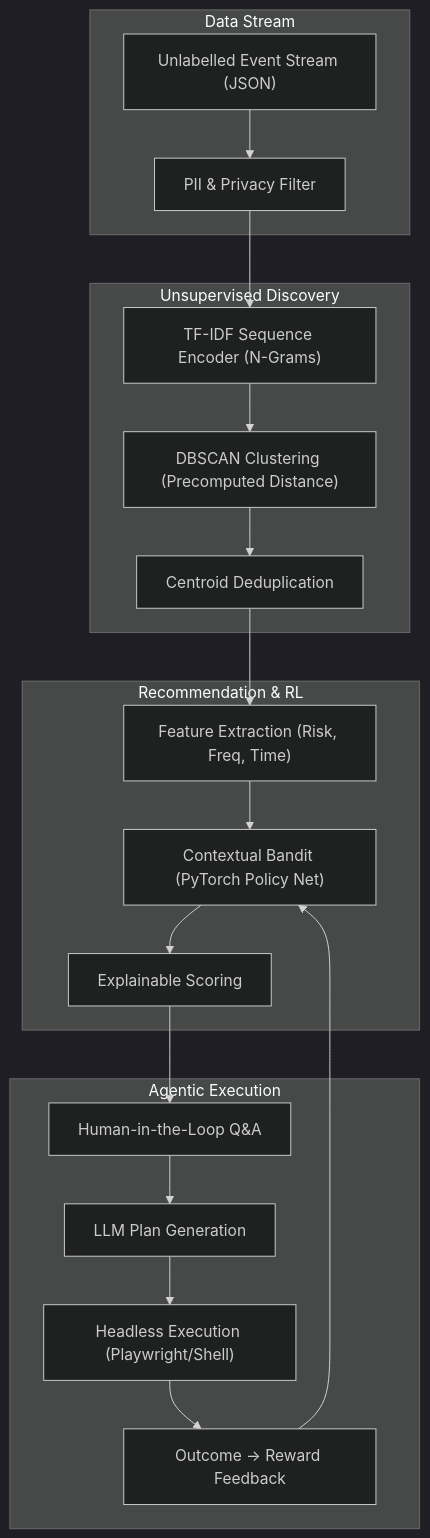
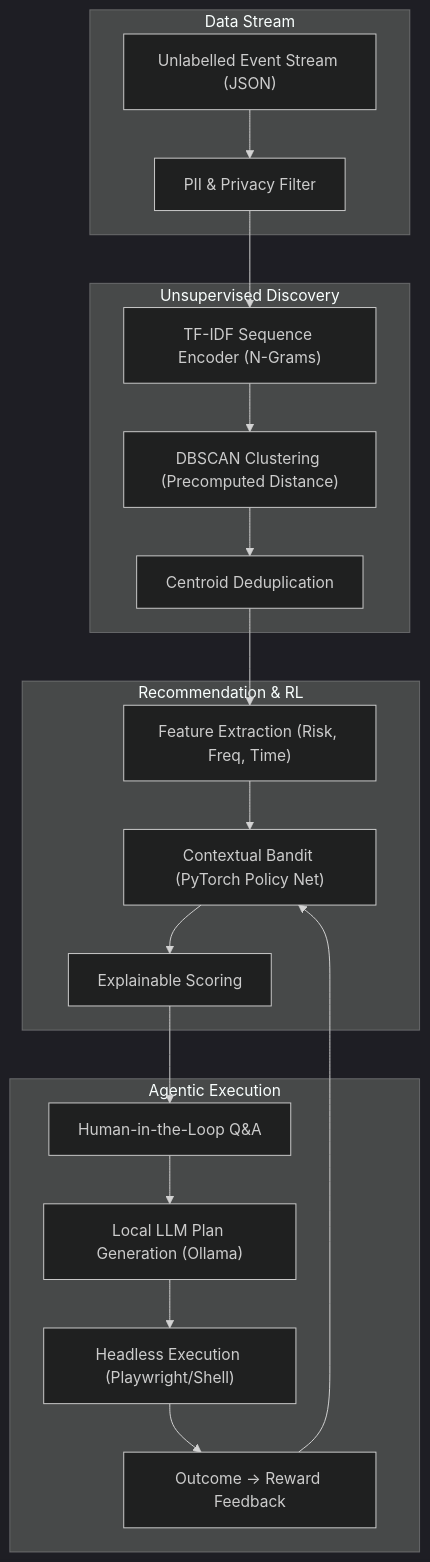
Before and after one commit to Ujjwal-Bajpayee/MOMENTUM: the diagram in README.md, drawn with Mermaid (dark theme). The commit also changed other lines of this file and 21 other files, not shown here.

````diff
--- a/README.md
+++ b/README.md
@@ -34,31 +30,31 @@
 ```mermaid
 graph TD
     subgraph Data Stream
         Events["Unlabelled Event Stream (JSON)"]
         Scrubber["PII & Privacy Filter"]
     end
 
     subgraph Unsupervised Discovery
         TFIDF["TF-IDF Sequence Encoder (N-Grams)"]
         DBSCAN["DBSCAN Clustering (Precomputed Distance)"]
         Dedupe["Centroid Deduplication"]
     end
 
     subgraph Recommendation & RL
         Features["Feature Extraction (Risk, Freq, Time)"]
         Bandit["Contextual Bandit (PyTorch Policy Net)"]
         Explain["Explainable Scoring"]
     end
 
     subgraph Agentic Execution
         Context["Human-in-the-Loop Q&A"]
-        LLM["LLM Plan Generation"]
+        LLM["Local LLM Plan Generation (Ollama)"]
         Executor["Headless Execution (Playwright/Shell)"]
         Reward["Outcome → Reward Feedback"]
     end
 
     Events --> Scrubber --> TFIDF --> DBSCAN --> Dedupe
     Dedupe --> Features --> Bandit --> Explain
     Explain --> Context --> LLM --> Executor --> Reward
     Reward --> Bandit
 ```
````
